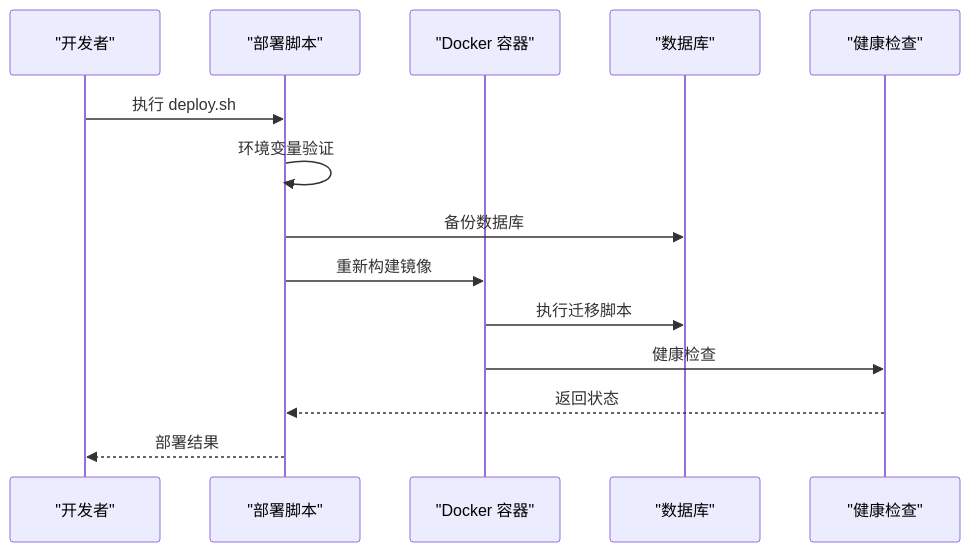
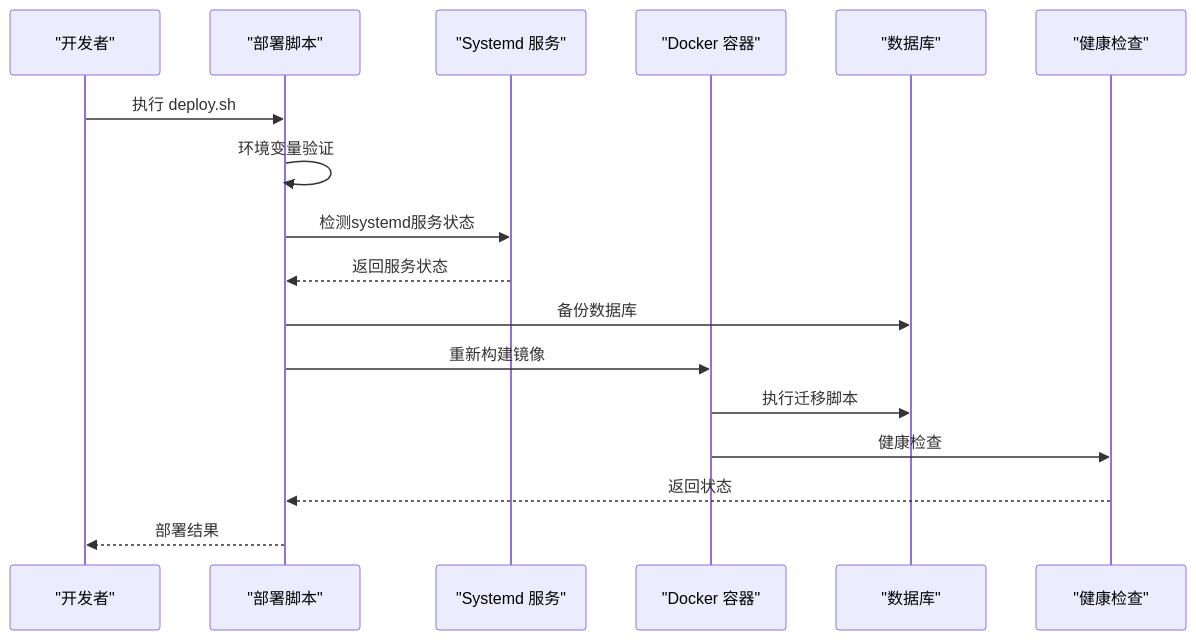
The fourth of 9 diagrams in .qoder/repowiki/zh/content/部署与运维指南/部署与运维指南.md (onebody/homework), drawn with Mermaid before and after one commit. The commit also changed other lines of this file and 16 other files, not shown here.

````diff
--- a/.qoder/repowiki/zh/content/部署与运维指南/部署与运维指南.md
+++ b/.qoder/repowiki/zh/content/部署与运维指南/部署与运维指南.md
@@ -320,16 +329,19 @@
 ```mermaid
 sequenceDiagram
 participant Dev as "开发者"
 participant Script as "部署脚本"
+participant Systemd as "Systemd 服务"
 participant Docker as "Docker 容器"
 participant DB as "数据库"
 participant Health as "健康检查"
 Dev->>Script : 执行 deploy.sh
 Script->>Script : 环境变量验证
+Script->>Systemd : 检测systemd服务状态
+Systemd-->>Script : 返回服务状态
 Script->>DB : 备份数据库
 Script->>Docker : 重新构建镜像
 Docker->>DB : 执行迁移脚本
 Docker->>Health : 健康检查
 Health-->>Script : 返回状态
 Script-->>Dev : 部署结果
 ```
````
